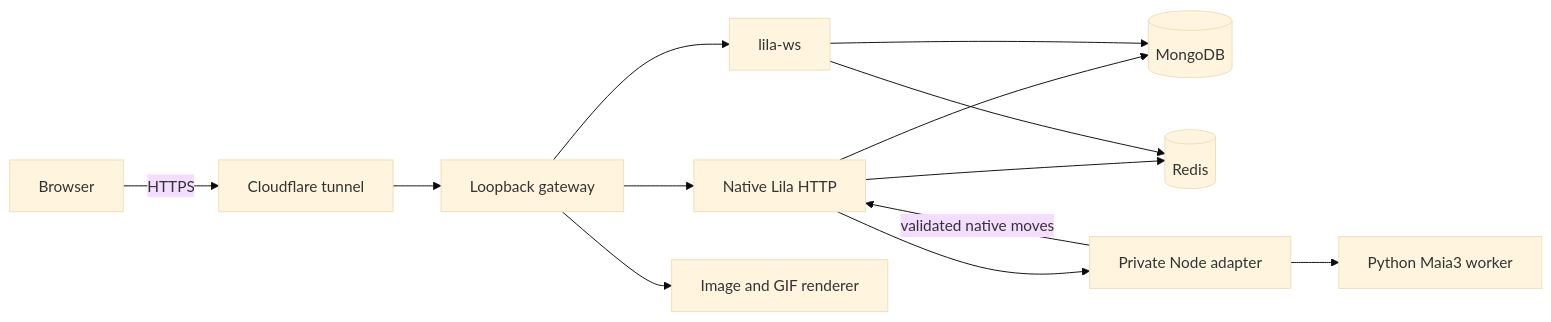
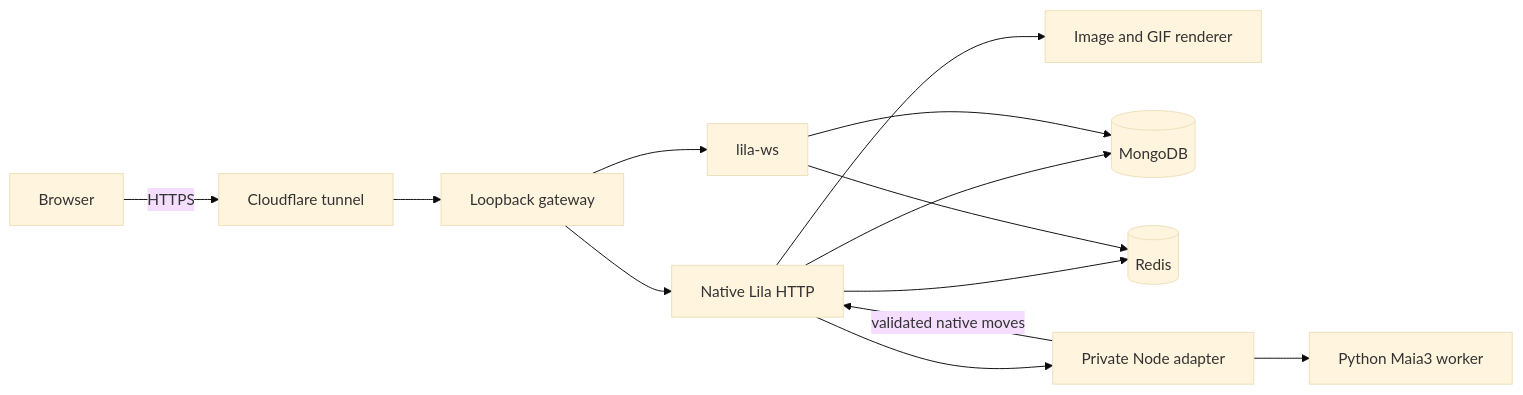
The diagram in docs/architecture.md (Dash1971/mute-chess), drawn with Mermaid (base theme) before and after one commit. The commit also changed 42 other files, not shown here.

````diff
--- a/docs/architecture.md
+++ b/docs/architecture.md
@@ -10,15 +10,15 @@
 ```mermaid
 flowchart LR
   Browser -->|HTTPS| Tunnel[Cloudflare tunnel]
   Tunnel --> Gateway[Loopback gateway]
   Gateway --> Lila[Native Lila HTTP]
   Gateway --> WS[lila-ws]
-  Gateway --> GIF[Image and GIF renderer]
+  Lila --> GIF[Image and GIF renderer]
   Lila --> Mongo[(MongoDB)]
   Lila --> Redis[(Redis)]
   WS --> Redis
   WS --> Mongo
   Lila --> Adapter[Private Node adapter]
   Adapter -->|validated native moves| Lila
   Adapter --> Worker[Python Maia3 worker]
 ```
````
